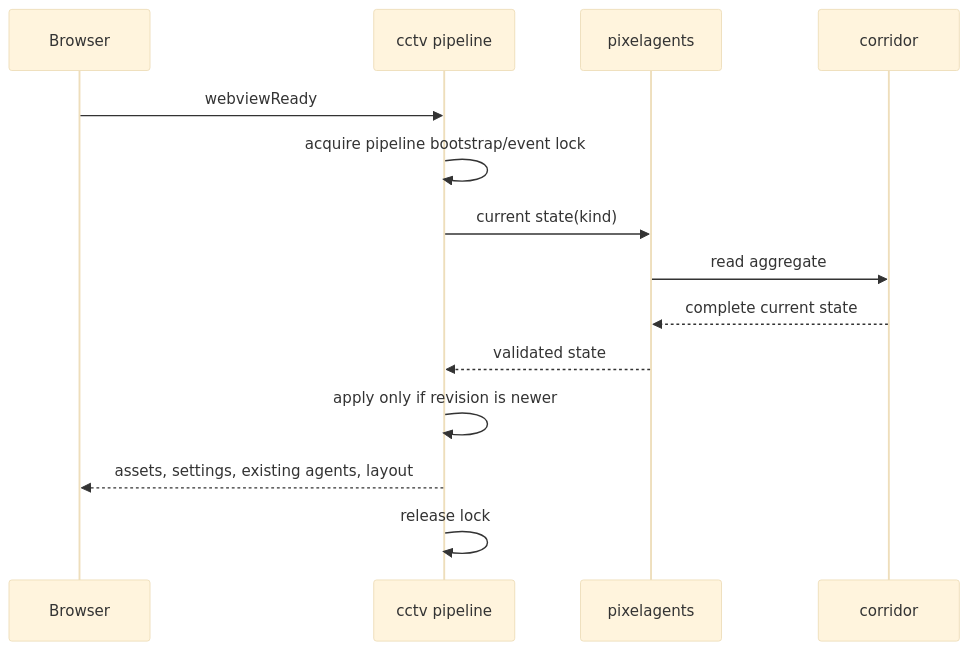
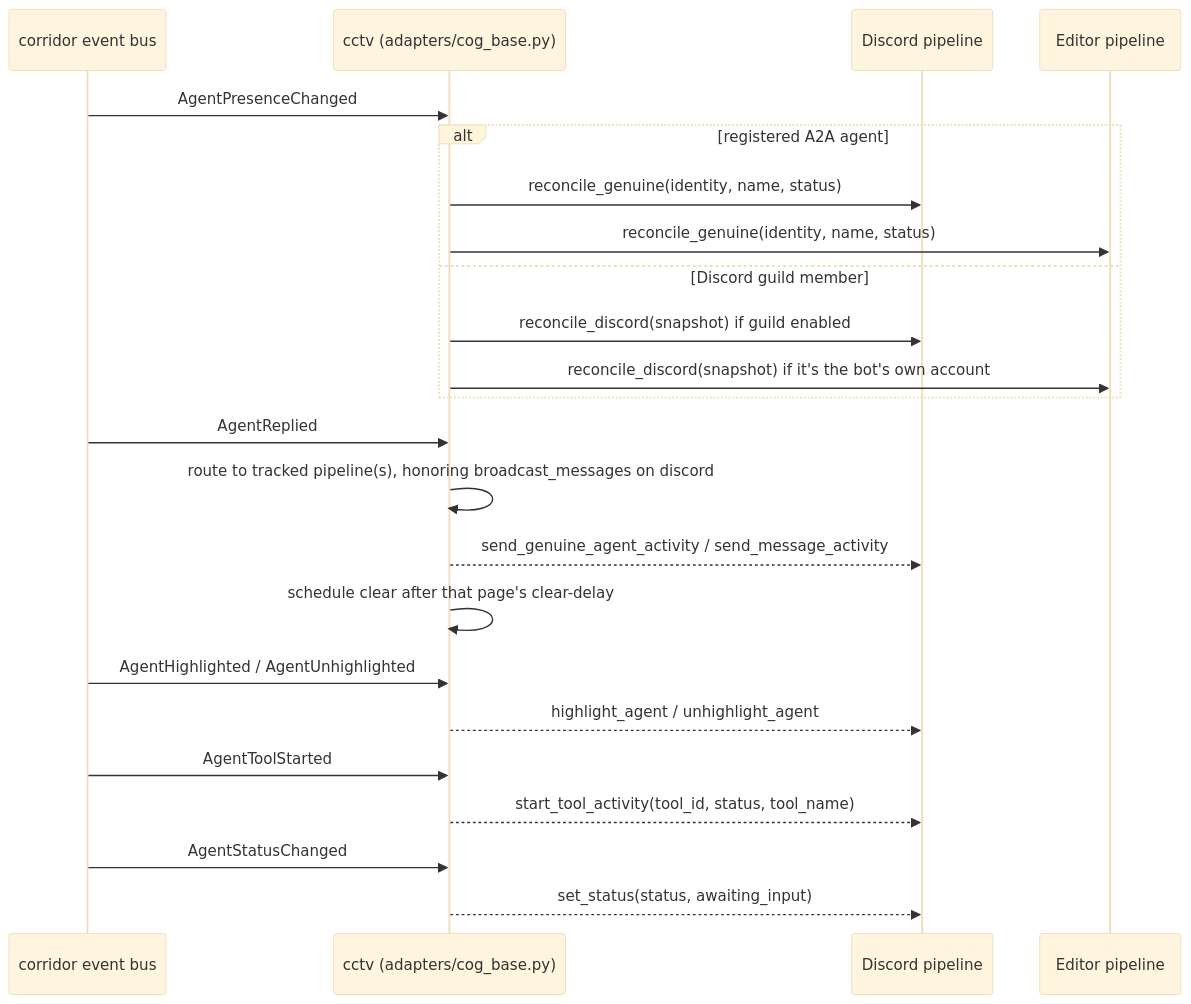
Before and after one commit to pixel-agents-hq/pixel-agents-cogs: the fourth of 6 diagrams in docs/cctv-design.md, drawn with Mermaid (base theme). The commit also changed other lines of this file and 39 other files, not shown here.

````diff
--- a/docs/cctv-design.md
+++ b/docs/cctv-design.md
@@ -403,17 +247,30 @@
 ```mermaid
 sequenceDiagram
-    participant B as Browser
-    participant C as cctv pipeline
-    participant P as pixelagents
-    participant R as corridor
+    participant Co as corridor event bus
+    participant C as cctv (adapters/cog_base.py)
+    participant D as Discord pipeline
+    participant E as Editor pipeline
 
-    B->>C: webviewReady
-    C->>C: acquire pipeline bootstrap/event lock
-    C->>P: current state(kind)
-    P->>R: read aggregate
-    R-->>P: complete current state
-    P-->>C: validated state
-    C->>C: apply only if revision is newer
-    C-->>B: assets, settings, existing agents, layout
-    C->>C: release lock
+    Co->>C: AgentPresenceChanged
+    alt registered A2A agent
+        C->>D: reconcile_genuine(identity, name, status)
+        C->>E: reconcile_genuine(identity, name, status)
+    else Discord guild member
+        C->>D: reconcile_discord(snapshot) if guild enabled
+        C->>E: reconcile_discord(snapshot) if it's the bot's own account
+    end
+
+    Co->>C: AgentReplied
+    C->>C: route to tracked pipeline(s), honoring broadcast_messages on discord
+    C-->>D: send_genuine_agent_activity / send_message_activity
+    C->>C: schedule clear after that page's clear-delay
+
+    Co->>C: AgentHighlighted / AgentUnhighlighted
+    C-->>D: highlight_agent / unhighlight_agent
+
+    Co->>C: AgentToolStarted
+    C-->>D: start_tool_activity(tool_id, status, tool_name)
+
+    Co->>C: AgentStatusChanged
+    C-->>D: set_status(status, awaiting_input)
 ```
````
